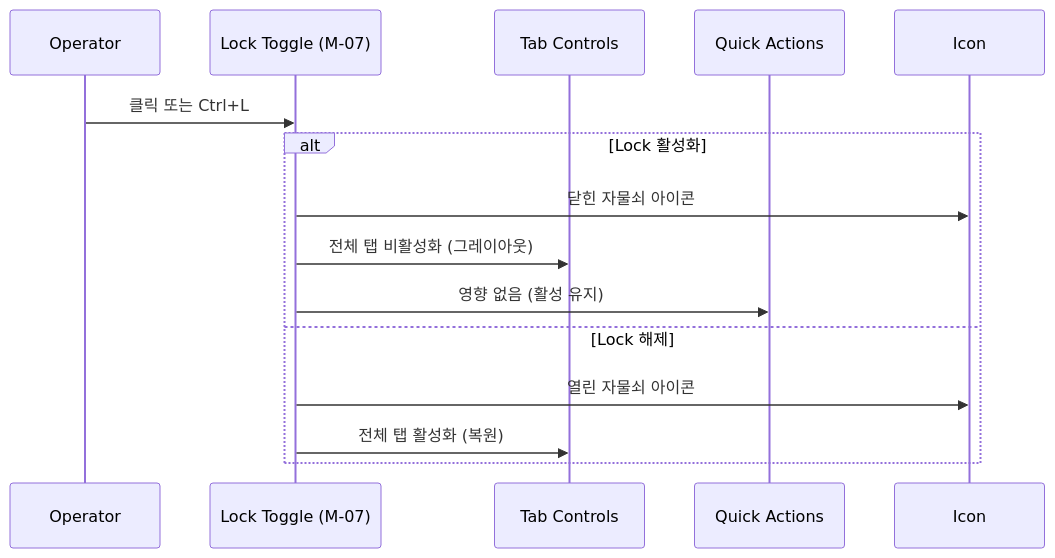
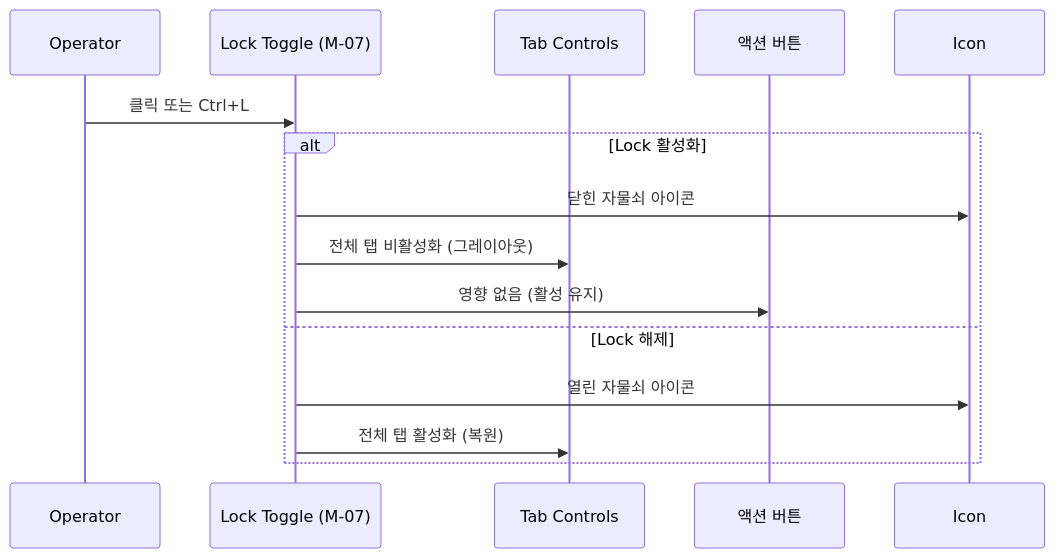
The second of 29 diagrams in docs/01_PokerGFX_Analysis/PRD-0004-feature-interactions.md (garimto81/ebs), drawn with Mermaid before and after one commit. The commit also changed other lines of this file and 3 other files, not shown here.

````diff
--- a/docs/01_PokerGFX_Analysis/PRD-0004-feature-interactions.md
+++ b/docs/01_PokerGFX_Analysis/PRD-0004-feature-interactions.md
@@ -210,18 +210,18 @@
 ```mermaid
 sequenceDiagram
     participant OP as Operator
     participant LK as Lock Toggle (M-07)
     participant TB as Tab Controls
-    participant QA as Quick Actions
+    participant QA as 액션 버튼
     participant IC as Icon
 
     OP->>LK: 클릭 또는 Ctrl+L
     alt Lock 활성화
         LK->>IC: 닫힌 자물쇠 아이콘
         LK->>TB: 전체 탭 비활성화 (그레이아웃)
         LK->>QA: 영향 없음 (활성 유지)
     else Lock 해제
         LK->>IC: 열린 자물쇠 아이콘
         LK->>TB: 전체 탭 활성화 (복원)
     end
 ```
````
